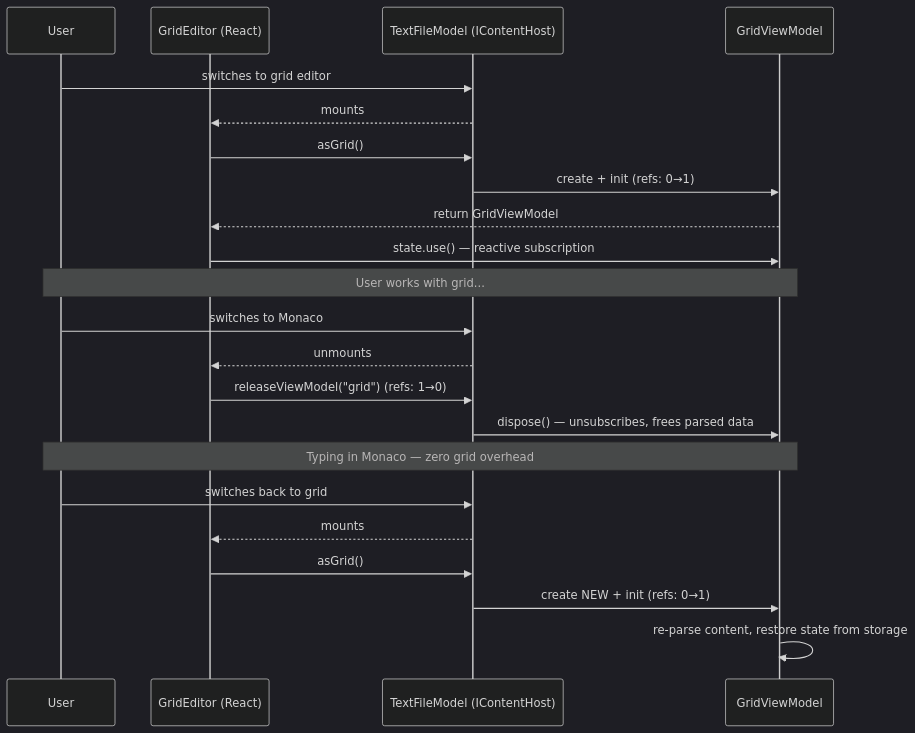
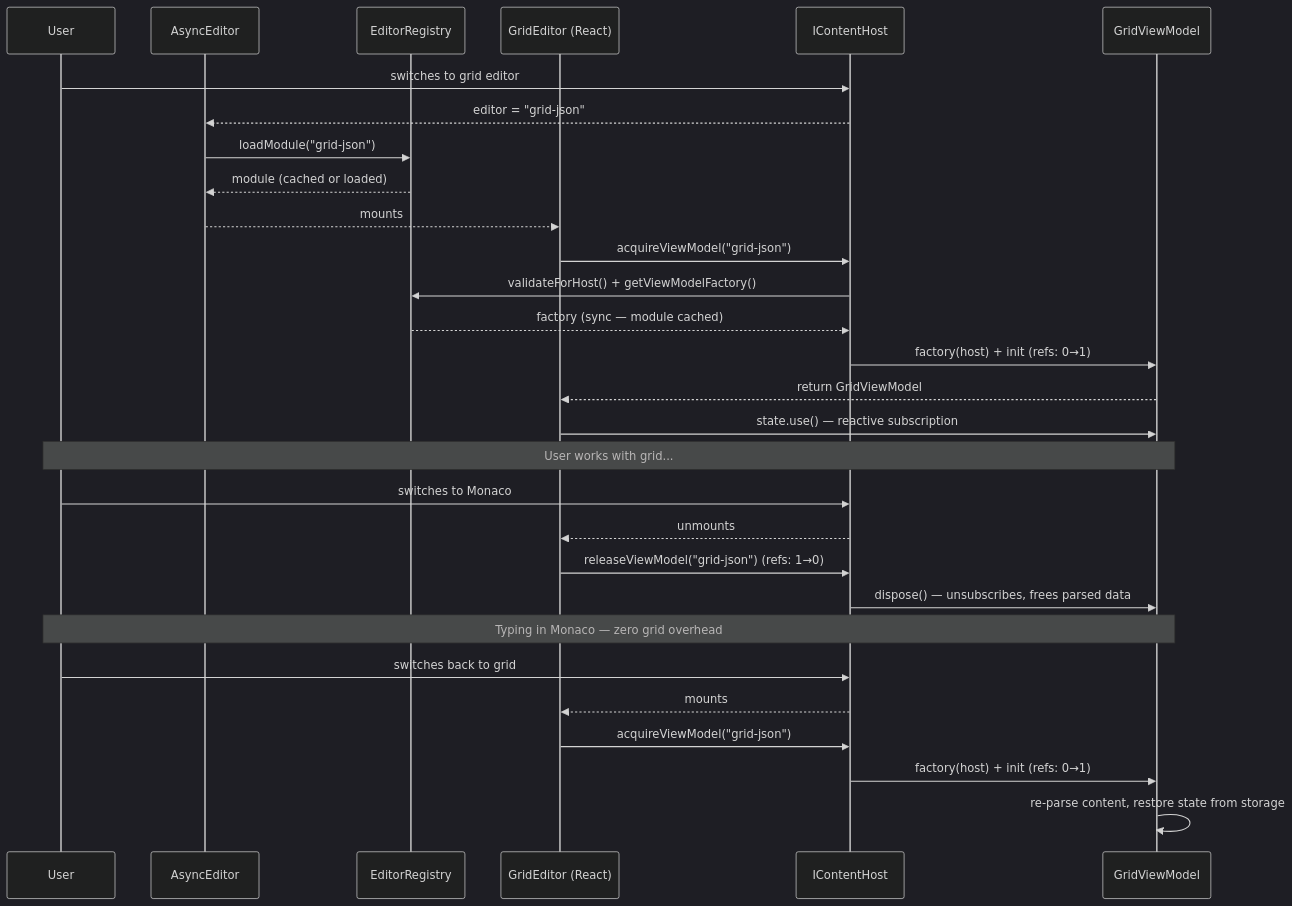
One commit to andriy-viyatyk/persephone changed the second of 3 diagrams in doc/future-architecture/migration/9.content-view-models.md. Above: the diagram before and after it, drawn with Mermaid (dark theme). The commit also changed other lines of this file and 21 other files, not shown here.

First line of the commit message:
US-052/053/054: Content View Models foundation + TextFileModel decomposition

````diff
--- a/doc/future-architecture/migration/9.content-view-models.md
+++ b/doc/future-architecture/migration/9.content-view-models.md
@@ -728,29 +1100,37 @@
 ```mermaid
 sequenceDiagram
     participant User
+    participant AsyncEditor
+    participant Registry as EditorRegistry
     participant GridEditor as GridEditor (React)
-    participant Host as TextFileModel (IContentHost)
+    participant Host as IContentHost
     participant VM as GridViewModel
 
     User->>Host: switches to grid editor
-    Host-->>GridEditor: mounts
-    GridEditor->>Host: asGrid()
-    Host->>VM: create + init (refs: 0→1)
+    Host-->>AsyncEditor: editor = "grid-json"
+    AsyncEditor->>Registry: loadModule("grid-json")
+    Registry-->>AsyncEditor: module (cached or loaded)
+    AsyncEditor-->>GridEditor: mounts
+
+    GridEditor->>Host: acquireViewModel("grid-json")
+    Host->>Registry: validateForHost() + getViewModelFactory()
+    Registry-->>Host: factory (sync — module cached)
+    Host->>VM: factory(host) + init (refs: 0→1)
     VM-->>GridEditor: return GridViewModel
     GridEditor->>VM: state.use() — reactive subscription
 
     Note over User,VM: User works with grid...
 
     User->>Host: switches to Monaco
     Host-->>GridEditor: unmounts
-    GridEditor->>Host: releaseViewModel("grid") (refs: 1→0)
+    GridEditor->>Host: releaseViewModel("grid-json") (refs: 1→0)
     Host->>VM: dispose() — unsubscribes, frees parsed data
 
     Note over User,VM: Typing in Monaco — zero grid overhead
 
     User->>Host: switches back to grid
     Host-->>GridEditor: mounts
-    GridEditor->>Host: asGrid()
-    Host->>VM: create NEW + init (refs: 0→1)
+    GridEditor->>Host: acquireViewModel("grid-json")
+    Host->>VM: factory(host) + init (refs: 0→1)
     VM->>VM: re-parse content, restore state from storage
 ```
````
